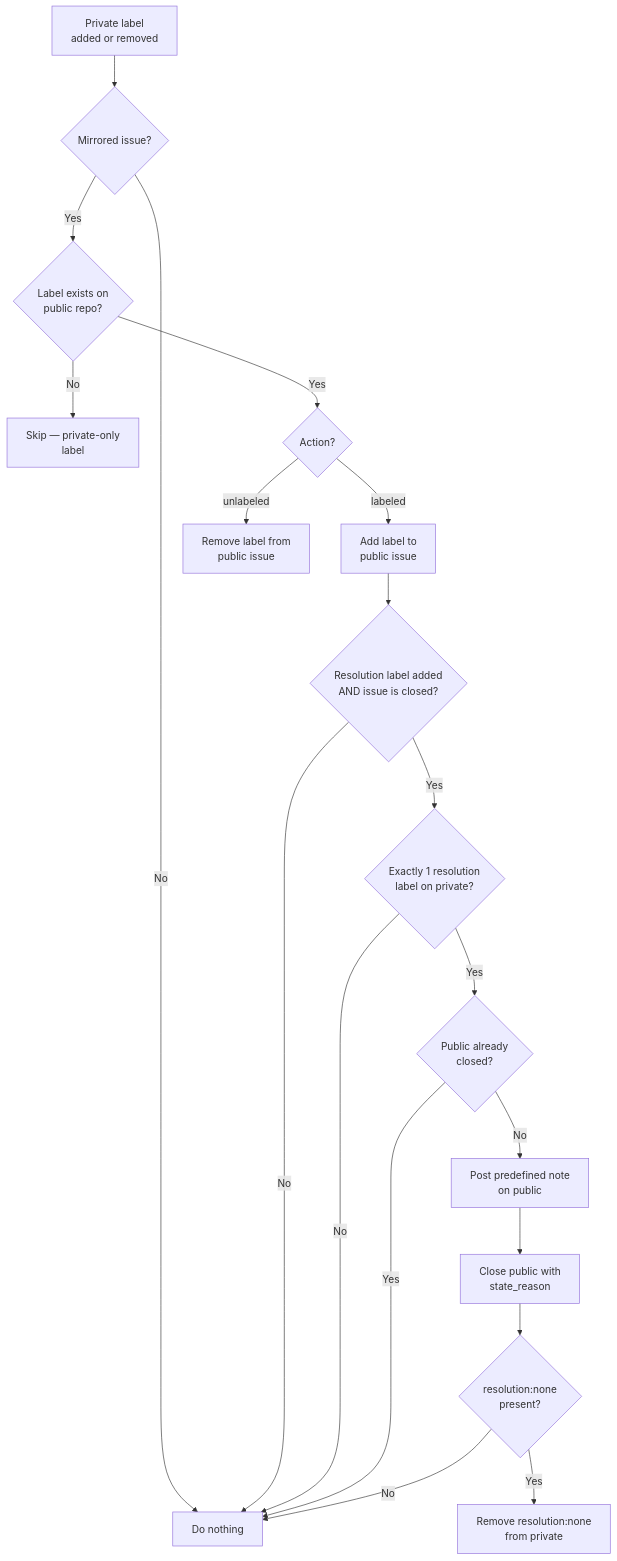
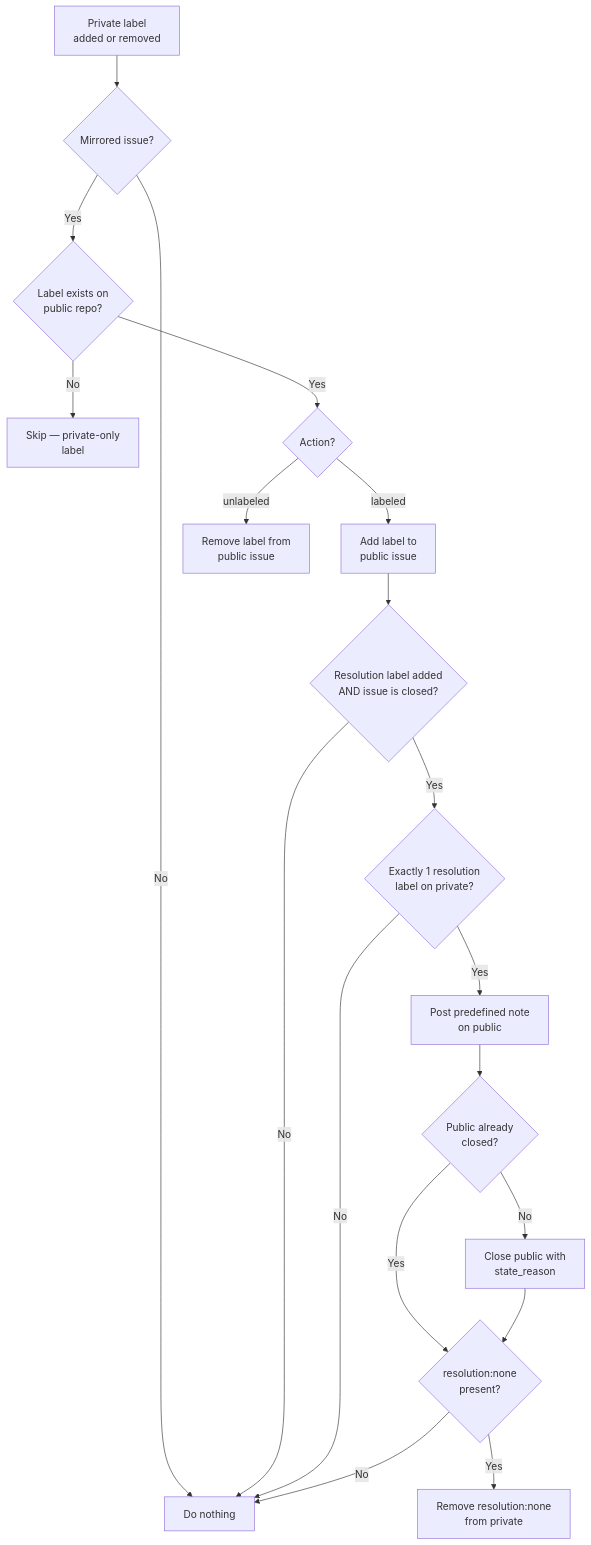
Diagram 14 of 16 in FLOWS.md (Magma-Maths/lyrebird), drawn with Mermaid before and after one commit. The commit also changed other lines of this file, not shown here.

Commit message:
docs: add FLOWS.md with Mermaid diagrams for all event handlers

````diff
--- a/FLOWS.md
+++ b/FLOWS.md
@@ -192,21 +192,21 @@
 ```mermaid
 flowchart TD
-    A["Private label\nadded or removed"] --> B{"Mirrored issue?"}
+    A["Private label<br/>added or removed"] --> B{"Mirrored issue?"}
     B -- No --> Z["Do nothing"]
-    B -- Yes --> C{"Label exists on\npublic repo?"}
-    C -- No --> Z2["Skip — private-only\nlabel"]
+    B -- Yes --> C{"Label exists on<br/>public repo?"}
+    C -- No --> Z2["Skip — private-only<br/>label"]
     C -- Yes --> D{"Action?"}
-    D -- labeled --> E["Add label to\npublic issue"]
-    D -- unlabeled --> F["Remove label from\npublic issue"]
-    E --> G{"Resolution label added\nAND issue is closed?"}
+    D -- labeled --> E["Add label to<br/>public issue"]
+    D -- unlabeled --> F["Remove label from<br/>public issue"]
+    E --> G{"Resolution label added<br/>AND issue is closed?"}
     G -- No --> Z
-    G -- Yes --> H{"Exactly 1 resolution\nlabel on private?"}
+    G -- Yes --> H{"Exactly 1 resolution<br/>label on private?"}
     H -- No --> Z
-    H -- Yes --> I{"Public already\nclosed?"}
-    I -- Yes --> Z
-    I -- No --> J["Post predefined note\non public"]
-    J --> K["Close public with\nstate_reason"]
-    K --> L{"resolution:none\npresent?"}
-    L -- Yes --> M["Remove resolution:none\nfrom private"]
+    H -- Yes --> I["Post predefined note<br/>on public"]
+    I --> J{"Public already<br/>closed?"}
+    J -- No --> K["Close public with<br/>state_reason"]
+    J -- Yes --> L{"resolution:none<br/>present?"}
+    K --> L
+    L -- Yes --> M["Remove resolution:none<br/>from private"]
     L -- No --> Z
 ```
````
